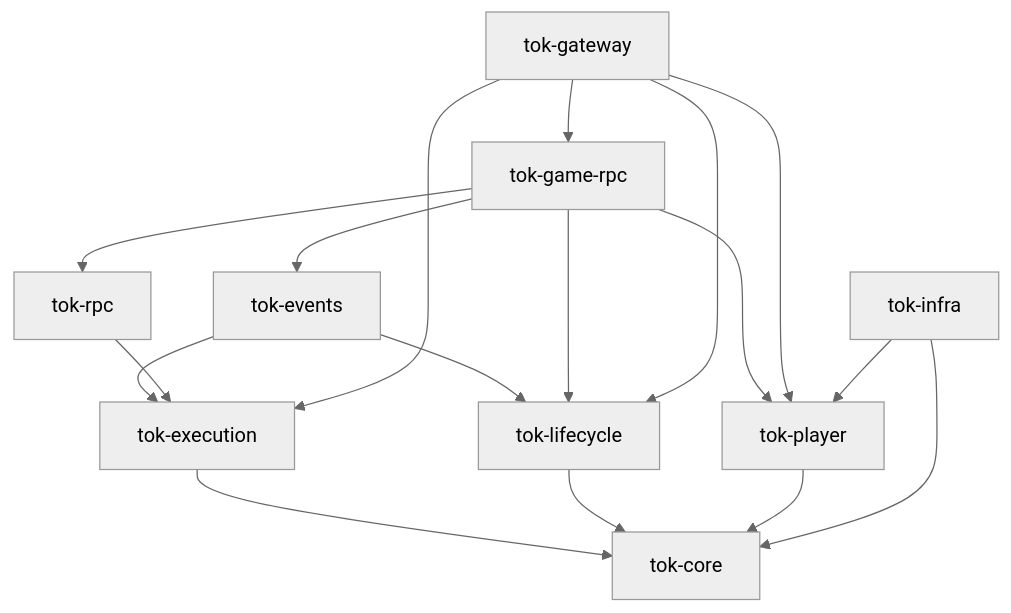
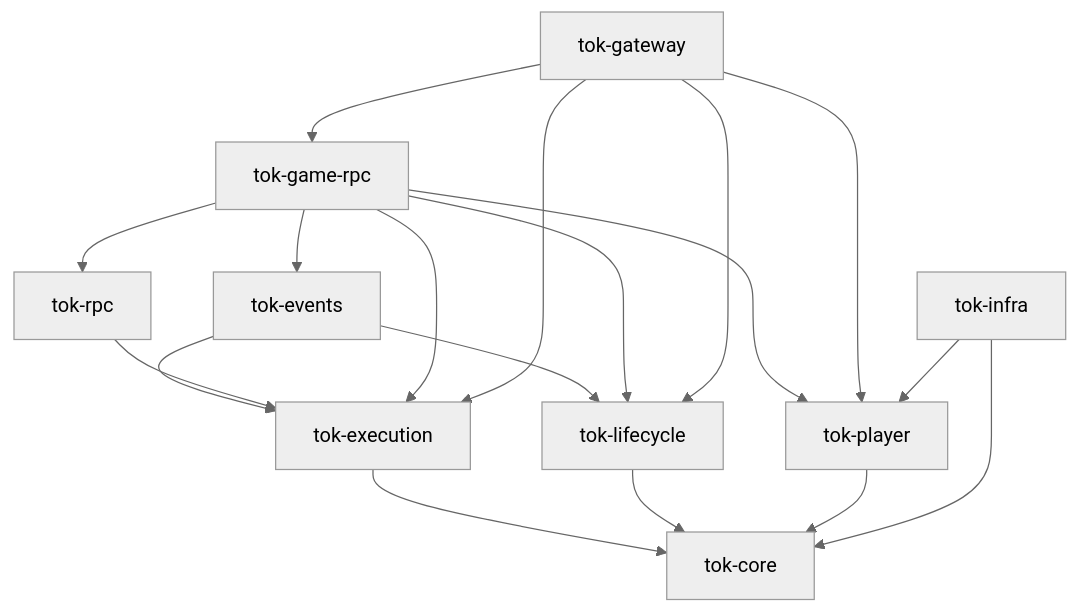
One commit to gmbytes/tok changed the diagram in docs/design.md. Above: the diagram before and after it, drawn with Mermaid (neutral theme). The commit also changed other lines of this file and 60 other files, not shown here.

````diff
--- a/docs/design.md
+++ b/docs/design.md
@@ -37,19 +38,20 @@
 ```mermaid
 flowchart TD
     execution[tok-execution] --> core[tok-core]
     lifecycle[tok-lifecycle] --> core
     player[tok-player] --> core
     events[tok-events] --> execution
     events --> lifecycle
     rpc[tok-rpc] --> execution
     game_rpc[tok-game-rpc] --> rpc
+    game_rpc --> execution
     game_rpc --> player
     game_rpc --> events
     game_rpc --> lifecycle
     gateway[tok-gateway] --> execution
     gateway --> lifecycle
     gateway --> player
     gateway --> game_rpc
     infra[tok-infra] --> core
     infra --> player
 ```
````
